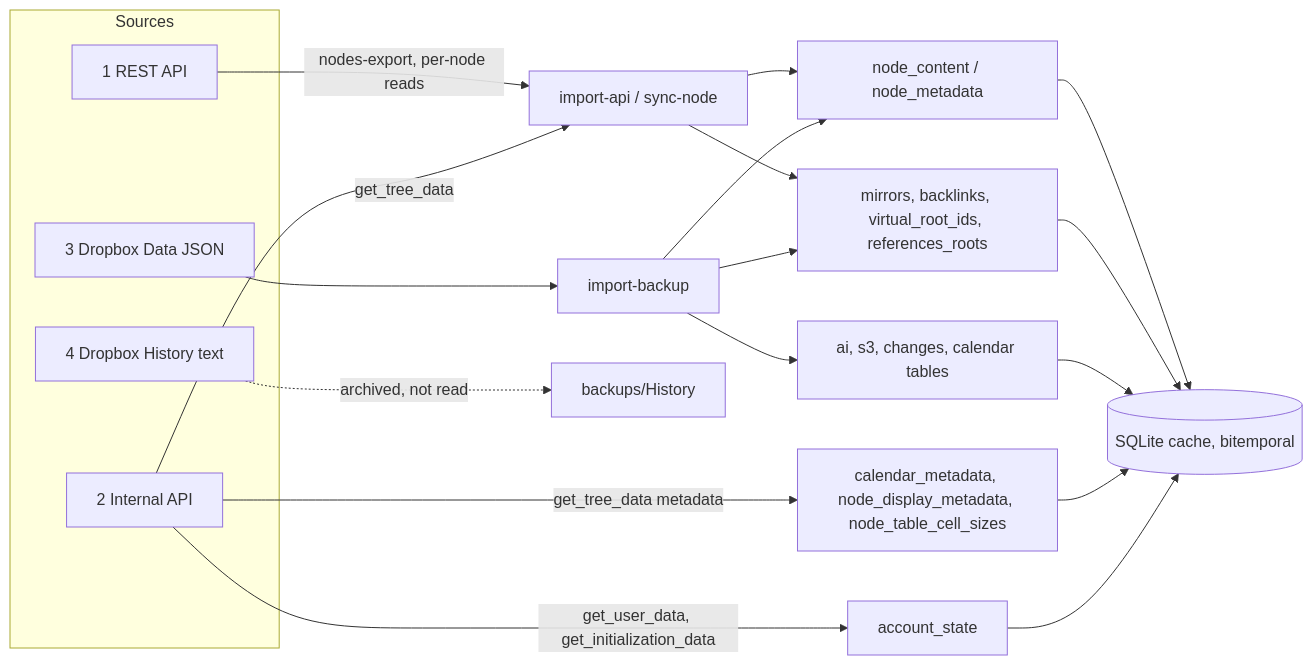
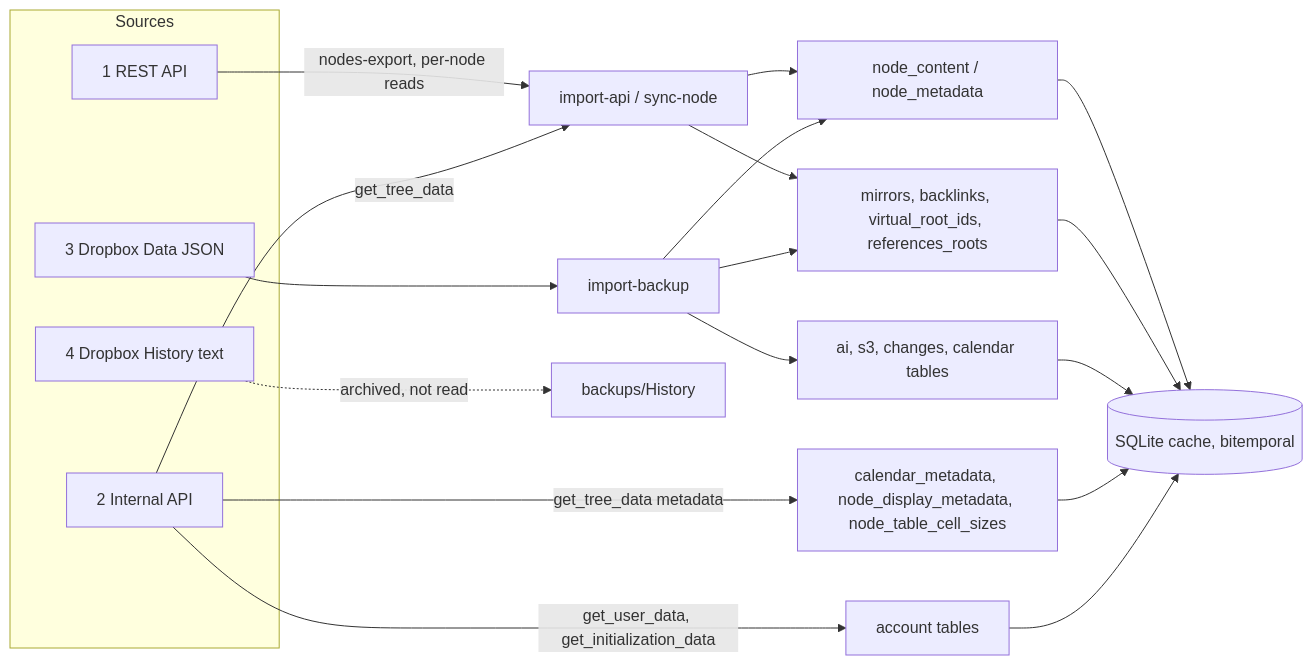
One commit to motlin/outlinedb changed the diagram in docs/workflowy-data-sources.md. Above: the diagram before and after it, drawn with Mermaid. The commit also changed other lines of this file and 55 other files, not shown here.

````diff
--- a/docs/workflowy-data-sources.md
+++ b/docs/workflowy-data-sources.md
@@ -195,25 +195,25 @@
 ```mermaid
 flowchart LR
   subgraph Sources
     A[1 REST API]
     B[2 Internal API]
     C[3 Dropbox Data JSON]
     D[4 Dropbox History text]
   end
   A -->|nodes-export, per-node reads| IA[import-api / sync-node]
   B -->|get_tree_data| IA
-  B -->|get_user_data, get_initialization_data| AS[account_state]
+  B -->|get_user_data, get_initialization_data| AS[account tables]
   B -->|get_tree_data metadata| IM[calendar_metadata, node_display_metadata, node_table_cell_sizes]
   C --> IB[import-backup]
   D -.->|archived, not read| ARC[backups/History]
   IA --> NC[node_content / node_metadata]
   IA --> REL[mirrors, backlinks, virtual_root_ids, references_roots]
   IB --> NC
   IB --> REL
   IB --> ATTR[ai, s3, changes, calendar tables]
   NC --> DB[(SQLite cache, bitemporal)]
   REL --> DB
   ATTR --> DB
   IM --> DB
   AS --> DB
 ```
````
